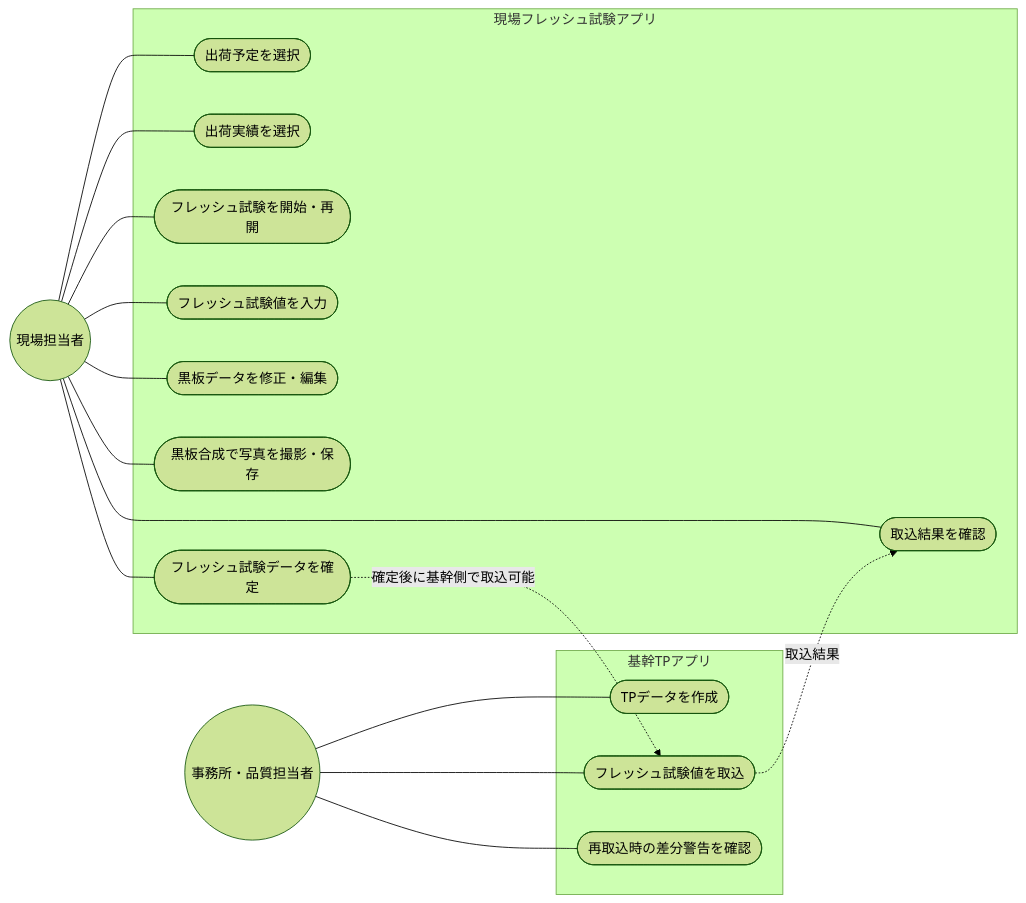
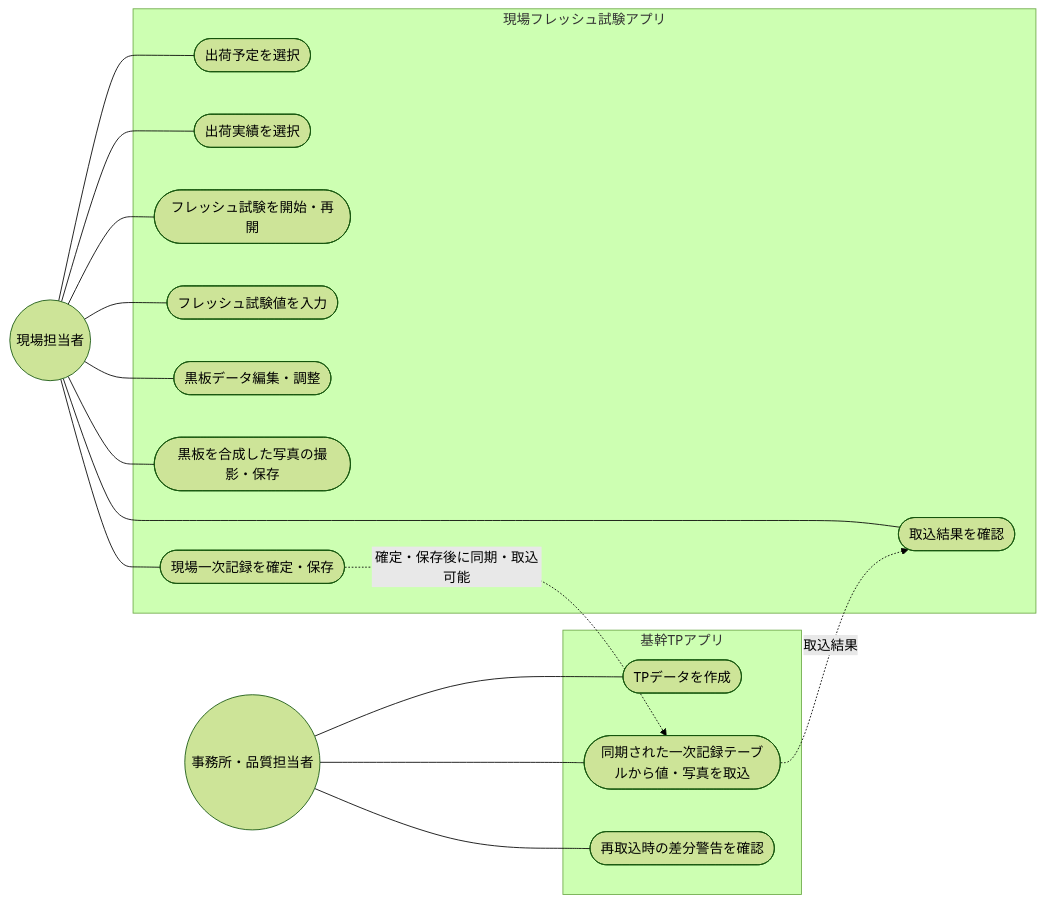
The third of 11 diagrams in docs/Labonity用現場試験アプリ_設計書_v1.0.md (sakku0039/FieldTester), drawn with Mermaid (forest theme) before and after one commit. The commit also changed other lines of this file, not shown here.

````diff
--- a/docs/Labonity用現場試験アプリ_設計書_v1.0.md
+++ b/docs/Labonity用現場試験アプリ_設計書_v1.0.md
@@ -136,38 +136,38 @@
 ```mermaid
 flowchart LR
-    現場担当者((現場担当者))
-    事務所担当者((事務所・品質担当者))
+    FieldOperator((現場担当者))
+    OfficeOperator((事務所・品質担当者))
 
     subgraph 現場アプリ["現場フレッシュ試験アプリ"]
         UC1([出荷予定を選択])
         UC2([出荷実績を選択])
         UC3([フレッシュ試験を開始・再開])
         UC4([フレッシュ試験値を入力])
-        UC5([黒板データを修正・編集])
-        UC6([黒板合成で写真を撮影・保存])
-        UC7([フレッシュ試験データを確定])
+        UC5([黒板データ編集・調整])
+        UC6([黒板を合成した写真の撮影・保存])
+        UC7([現場一次記録を確定・保存])
         UC8([取込結果を確認])
     end
 
     subgraph 基幹アプリ["基幹TPアプリ"]
         TP2([TPデータを作成])
-        TP3([フレッシュ試験値を取込])
+        TP3([同期された一次記録テーブルから値・写真を取込])
         TP4([再取込時の差分警告を確認])
     end
 
-    現場担当者 --- UC1
-    現場担当者 --- UC2
-    現場担当者 --- UC3
-    現場担当者 --- UC4
-    現場担当者 --- UC5
-    現場担当者 --- UC6
-    現場担当者 --- UC7
-    現場担当者 --- UC8
+    FieldOperator --- UC1
+    FieldOperator --- UC2
+    FieldOperator --- UC3
+    FieldOperator --- UC4
+    FieldOperator --- UC5
+    FieldOperator --- UC6
+    FieldOperator --- UC7
+    FieldOperator --- UC8
 
-    事務所担当者 --- TP2
-    事務所担当者 --- TP3
-    事務所担当者 --- TP4
+    OfficeOperator --- TP2
+    OfficeOperator --- TP3
+    OfficeOperator --- TP4
 
-    UC7 -.確定後に基幹側で取込可能.-> TP3
-    TP3 -.取込結果.-> UC8
+    UC7 -.->|確定・保存後に同期・取込可能| TP3
+    TP3 -.->|取込結果| UC8
 ```
````
